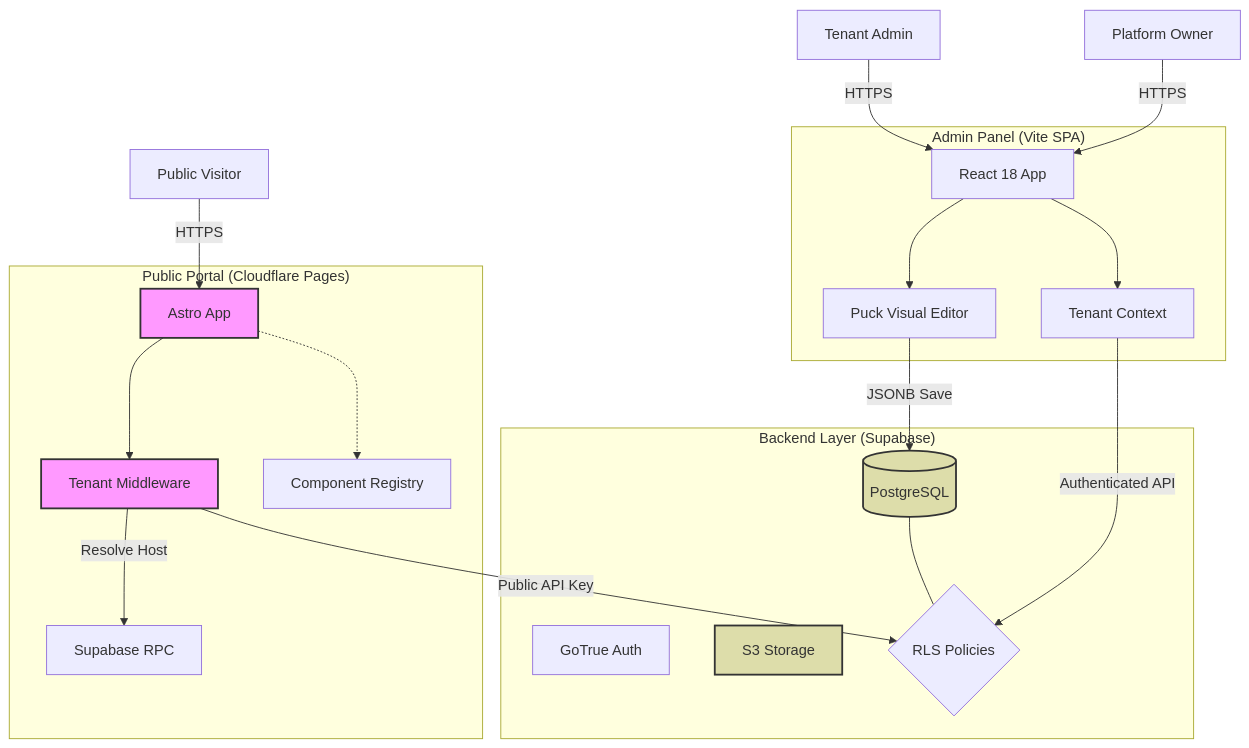
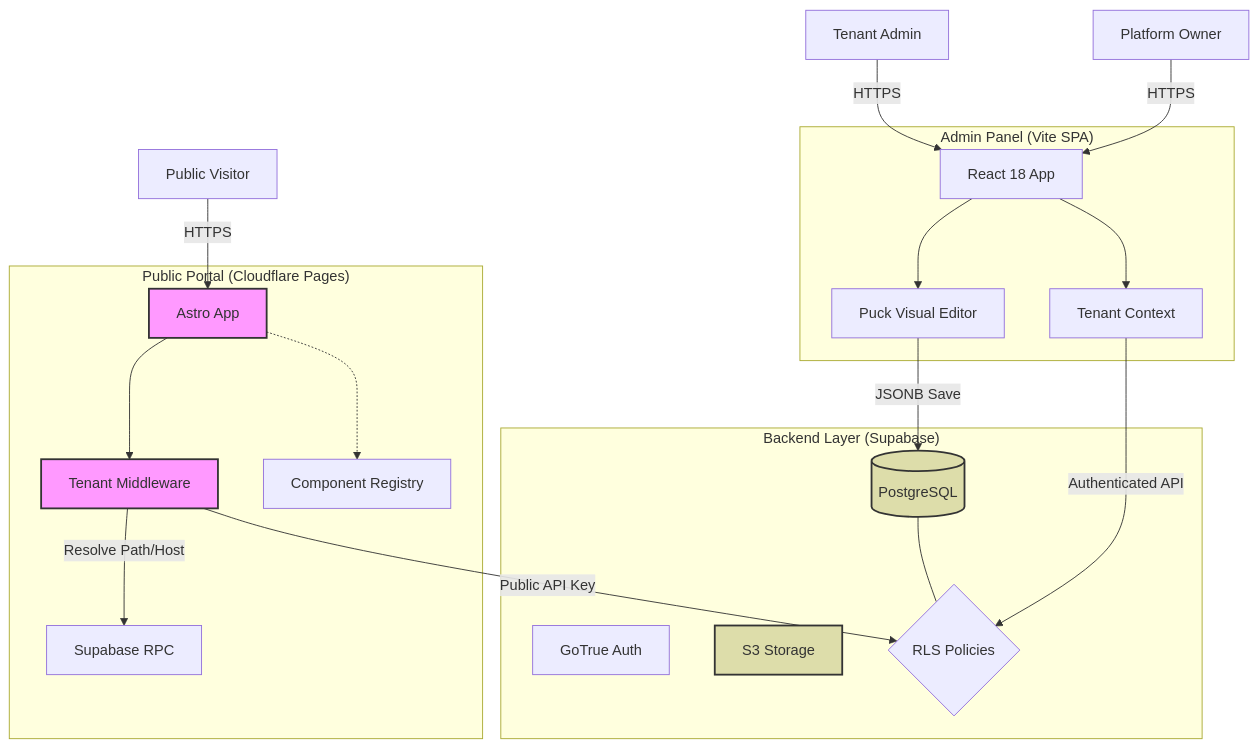
Before and after one commit to ahliweb/smandapangkalanbun-web: the diagram in awcms/docs/00-core/ARCHITECTURE.md, drawn with Mermaid. The commit also changed other lines of this file and 29 other files, not shown here.

````diff
--- a/awcms/docs/00-core/ARCHITECTURE.md
+++ b/awcms/docs/00-core/ARCHITECTURE.md
@@ -11,49 +11,49 @@
 ```mermaid
 graph TD
     %% Users
     Visitor[Public Visitor] -->|HTTPS| PublicPortal
     Admin[Tenant Admin] -->|HTTPS| AdminPanel
     Owner[Platform Owner] -->|HTTPS| AdminPanel
 
     %% Public Portal (Astro)
     subgraph "Public Portal (Cloudflare Pages)"
         PublicPortal[Astro App]
         Middleware[Tenant Middleware]
         PublicPortal --> Middleware
-        Middleware -->|Resolve Host| RPC[Supabase RPC]
+        Middleware -->|Resolve Path/Host| RPC[Supabase RPC]
         registry[Component Registry]
         PublicPortal -.-> registry
     end
 
     %% Admin Panel (React)
     subgraph "Admin Panel (Vite SPA)"
         AdminPanel[React 18 App]
         AdminContext[Tenant Context]
         Puck[Puck Visual Editor]
         AdminPanel --> AdminContext
         AdminPanel --> Puck
     end
 
     %% Backend (Supabase)
     subgraph "Backend Layer (Supabase)"
         RPC
         DB[(PostgreSQL)]
         Auth[GoTrue Auth]
         Storage[S3 Storage]
         
         %% RLS Policies
         RLS{RLS Policies}
         DB --- RLS
     end
 
     %% Connections
     AdminContext -->|Authenticated API| RLS
     Middleware -->|Public API Key| RLS
     Puck -->|JSONB Save| DB
     
     %% Styles
     classDef cloud fill:#f9f,stroke:#333,stroke-width:2px;
     classDef db fill:#dda,stroke:#333,stroke-width:2px;
     class PublicPortal,Middleware cloud
     class DB,Storage db
 ```
````
